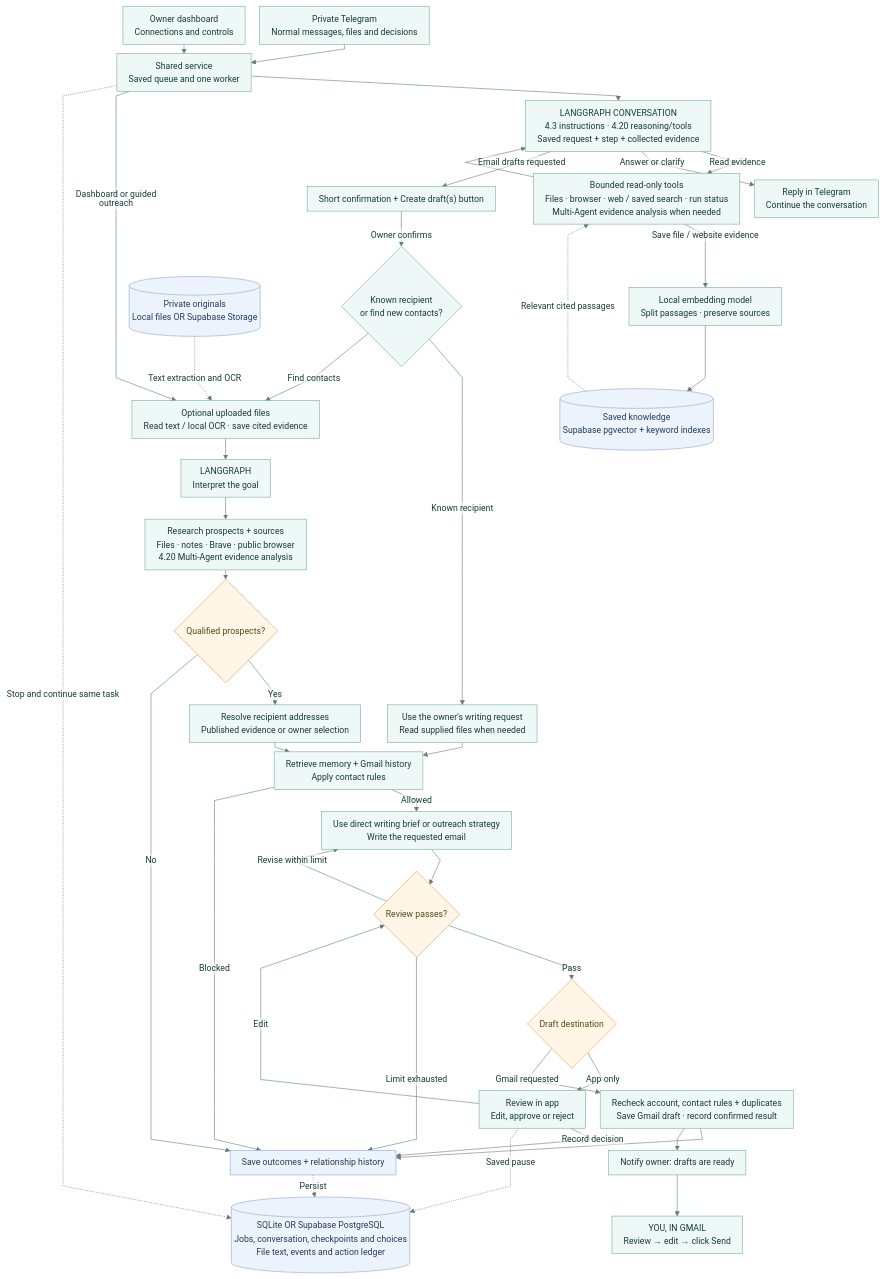
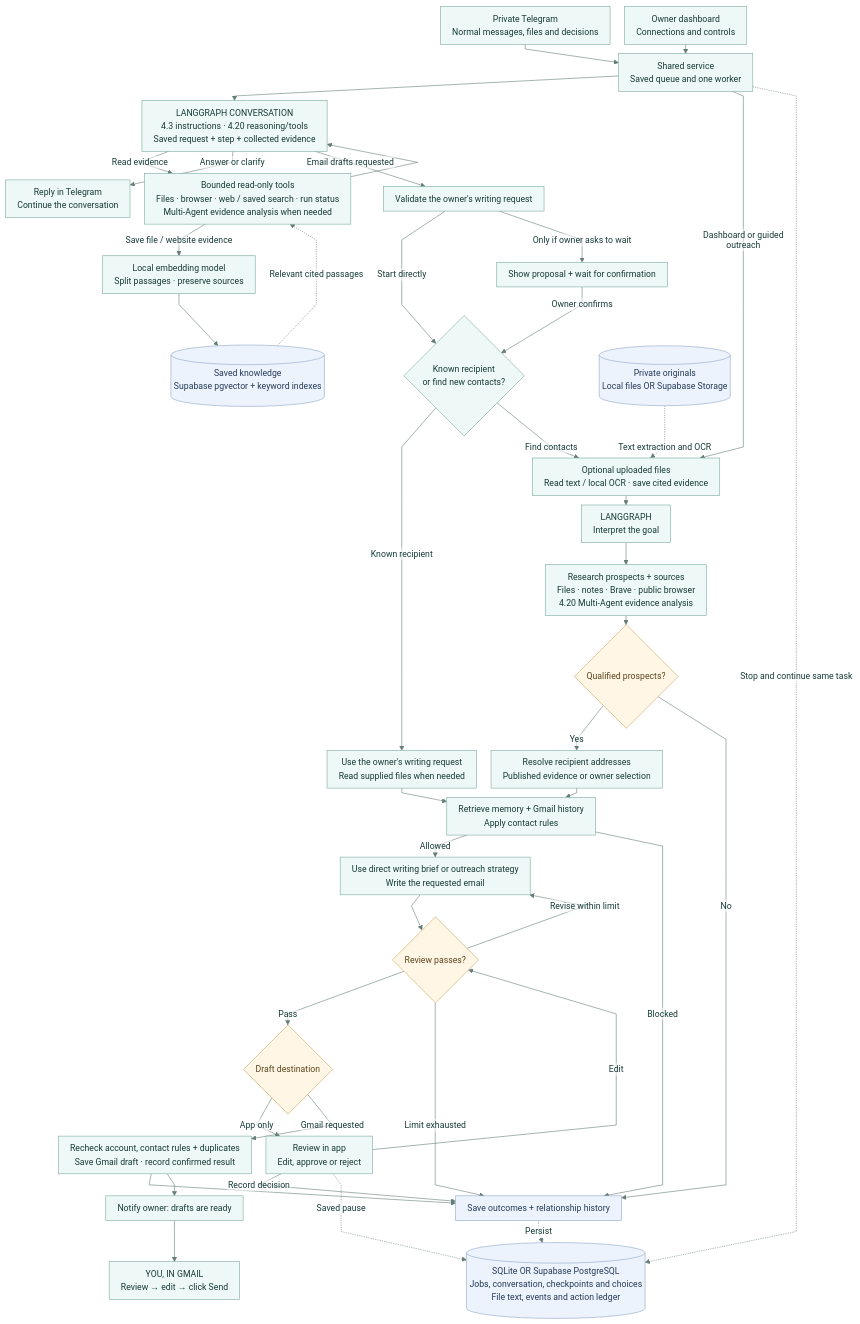
The diagram in docs/assets/workflow.mmd (rutujashingate/outreach-agent), drawn with Mermaid before and after one commit. The commit also changed 11 other files, not shown here.

Commit message:
Start requested drafts without an extra confirmation

```diff
--- a/docs/assets/workflow.mmd
+++ b/docs/assets/workflow.mmd
@@ -1,67 +1,69 @@
 ---
 config:
   theme: base
   fontFamily: Arial
   themeCSS: 'text, tspan { font-family: Arial, Helvetica, sans-serif !important; }'
   themeVariables:
     fontSize: 15px
     primaryColor: '#eef8f6'
     primaryBorderColor: '#78aaa0'
     primaryTextColor: '#163b36'
     lineColor: '#657d78'
     edgeLabelBackground: '#ffffff'
   flowchart:
     htmlLabels: false
     curve: linear
     nodeSpacing: 25
     rankSpacing: 16
     padding: 10
     wrappingWidth: 380
 ---
 flowchart TD
     accTitle: Requested outreach drafts with manual Gmail sending
-    accDescr: Telegram messages enter a saved queue. LangGraph answers questions and uses reading tools. An explicit email request and the owner's Create draft action enter drafting. Known recipients go directly to writing preparation without prospect discovery or fit scoring. Finding new contacts follows research, qualification and address selection. Both paths retain relationship checks, writing, review and duplicate protection. The owner reviews, edits and sends in Gmail. SQLite or one Supabase PostgreSQL database holds saved state.
+    accDescr: Telegram messages enter a saved queue. LangGraph answers questions and uses reading tools. Explicit email requests start drafting directly; a confirmation button is used only when the owner asks to wait. Known recipients go directly to writing preparation without prospect discovery or fit scoring. Finding new contacts follows research, qualification and address selection. Both paths retain relationship checks, writing, review and duplicate protection. The owner reviews, edits and sends in Gmail. SQLite or one Supabase PostgreSQL database holds saved state.
     telegram["Private Telegram<br/>Normal messages, files and decisions"] --> service["Shared service<br/>Saved queue and one worker"]
     dashboard["Owner dashboard<br/>Connections and controls"] --> service
     service --> chat["LANGGRAPH CONVERSATION<br/>4.3 instructions · 4.20 reasoning/tools<br/>Saved request + step + collected evidence"]
     chat -->|Read evidence| tools["Bounded read-only tools<br/>Files · browser · web / saved search · run status<br/>Multi-Agent evidence analysis when needed"]
     tools --> chat
     chat -->|Answer or clarify| answer["Reply in Telegram<br/>Continue the conversation"]
-    chat -->|Email drafts requested| proposal["Short confirmation + Create draft(s) button"]
-    proposal -->|Owner confirms| kind{"Known recipient<br/>or find new contacts?"}
+    chat -->|Email drafts requested| requested["Validate the owner's writing request"]
+    requested -->|Start directly| kind{"Known recipient<br/>or find new contacts?"}
+    requested -->|Only if owner asks to wait| proposal["Show proposal + wait for confirmation"]
+    proposal -->|Owner confirms| kind
     kind -->|Known recipient| direct["Use the owner's writing request<br/>Read supplied files when needed"]
     kind -->|Find contacts| files["Optional uploaded files<br/>Read text / local OCR · save cited evidence"]
     service -->|Dashboard or guided outreach| files
     files --> goal["LANGGRAPH<br/>Interpret the goal"]
     goal --> research["Research prospects + sources<br/>Files · notes · Brave · public browser<br/>4.20 Multi-Agent evidence analysis"]
     research --> qualification{"Qualified prospects?"}
     qualification -->|Yes| recipients["Resolve recipient addresses<br/>Published evidence or owner selection"]
     qualification -->|No| outcome["Save outcomes + relationship history"]
     recipients --> memory["Retrieve memory + Gmail history<br/>Apply contact rules"]
     direct --> memory
     memory -->|Allowed| strategy["Use direct writing brief or outreach strategy<br/>Write the requested email"]
     memory -->|Blocked| outcome
     strategy --> review{"Review passes?"}
     review -->|Pass| destination{"Draft destination"}
     review -->|Revise within limit| strategy
     review -->|Limit exhausted| outcome
     destination -->|App only| approval["Review in app<br/>Edit, approve or reject"]
     approval -->|Edit| review
     approval -->|Record decision| outcome
     destination -->|Gmail requested| action["Recheck account, contact rules + duplicates<br/>Save Gmail draft · record confirmed result"]
     action --> outcome
     action --> notify["Notify owner: drafts are ready"]
     notify --> manual["YOU, IN GMAIL<br/>Review → edit → click Send"]
     store[("SQLite OR Supabase PostgreSQL<br/>Jobs, conversation, checkpoints and choices<br/>File text, events and action ledger")]
     tools -->|Save file / website evidence| index["Local embedding model<br/>Split passages · preserve sources"]
     index --> knowledge[("Saved knowledge<br/>Supabase pgvector + keyword indexes")]
     knowledge -. Relevant cited passages .-> tools
     originals[("Private originals<br/>Local files OR Supabase Storage")]
     originals -. Text extraction and OCR .-> files
     service -. Stop and continue same task .-> store
     approval -. Saved pause .-> store
     outcome -. Persist .-> store
     classDef decision fill:#fff6e6,stroke:#caa65d,color:#5b451b;
     classDef storage fill:#edf3fc,stroke:#8da6c7,color:#243b58;
     class qualification,review,destination decision;
     class store,outcome,knowledge,originals storage;
```
